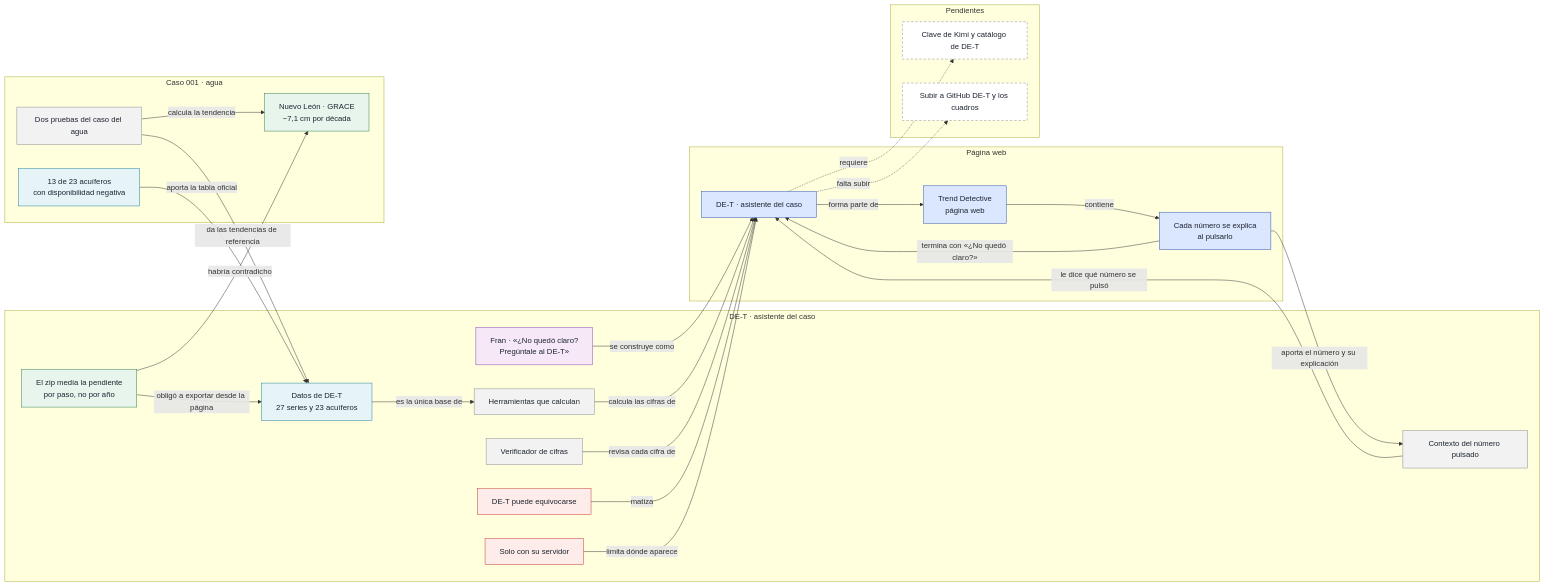
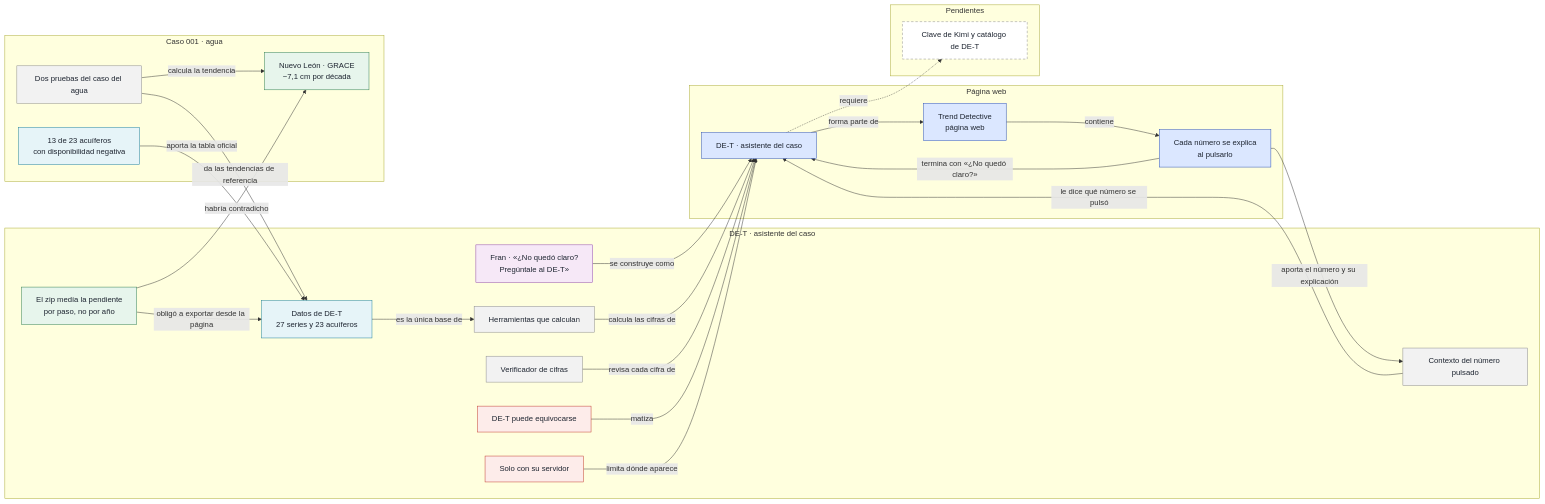
One commit to Javiigxs/RAACK changed the ninth of 9 diagrams in docs/CONOCIMIENTO.md. Above: the diagram before and after it, drawn with Mermaid. The commit also changed other lines of this file and 5 other files, not shown here.

First line of the commit message:
Marcar como subidos DE-T y los cuadros; queda regenerar site/

````diff
--- a/docs/CONOCIMIENTO.md
+++ b/docs/CONOCIMIENTO.md
@@ -675,59 +674,57 @@
 ```mermaid
 flowchart LR
   subgraph sg_dete_dete["DE-T · asistente del caso"]
     q_dete["Fran · «¿No quedó claro?<br/>Pregúntale al DE-T»"]
     m_dete_contexto["Contexto del número pulsado"]
     d_dete["Datos de DE-T<br/>27 series y 23 acuíferos"]
     h_dete_paso["El zip medía la pendiente<br/>por paso, no por año"]
     m_dete_herr["Herramientas que calculan"]
     m_dete_verif["Verificador de cifras"]
     l_dete["DE-T puede equivocarse"]
     l_dete_estatico["Solo con su servidor"]
   end
   subgraph sg_dete_pagina["Página web"]
     p_numeros["Cada número se explica<br/>al pulsarlo"]
     p_dete["DE-T · asistente del caso"]
     p_pagina["Trend Detective<br/>página web"]
   end
   subgraph sg_dete_agua["Caso 001 · agua"]
     m_agua["Dos pruebas del caso del agua"]
     d_acuiferos["13 de 23 acuíferos<br/>con disponibilidad negativa"]
     h_almacen["Nuevo León · GRACE<br/>−7,1 cm por década"]
   end
   subgraph sg_dete_pendientes["Pendientes"]
     t_dete["Clave de Kimi y catálogo de DE-T"]
-    t_subir["Subir a GitHub DE-T y los cuadros"]
   end
   m_agua -->|calcula la tendencia| h_almacen
   p_dete -->|forma parte de| p_pagina
   p_dete -.->|requiere| t_dete
   p_pagina -->|contiene| p_numeros
   q_dete -->|se construye como| p_dete
   p_numeros -->|termina con «¿No quedó claro?»| p_dete
   p_numeros -->|aporta el número y su explicación| m_dete_contexto
   m_dete_contexto -->|le dice qué número se pulsó| p_dete
   m_agua -->|da las tendencias de referencia| d_dete
   d_acuiferos -->|aporta la tabla oficial| d_dete
   d_dete -->|es la única base de| m_dete_herr
   m_dete_herr -->|calcula las cifras de| p_dete
   m_dete_verif -->|revisa cada cifra de| p_dete
   h_dete_paso -->|obligó a exportar desde la página| d_dete
   h_dete_paso -->|habría contradicho| h_almacen
   l_dete -->|matiza| p_dete
   l_dete_estatico -->|limita dónde aparece| p_dete
-  p_dete -.->|falta subir| t_subir
   classDef pregunta fill:#f6e8f7,stroke:#8e44ad,color:#1d2430
   class q_dete pregunta
   classDef pagina fill:#dbe7ff,stroke:#2a4fb5,color:#1d2430
   class p_numeros,p_dete,p_pagina pagina
   classDef metodo fill:#f2f2f2,stroke:#8a8a8a,color:#1d2430
   class m_dete_contexto,m_agua,m_dete_herr,m_dete_verif metodo
   classDef dato fill:#e6f4f8,stroke:#1b7f99,color:#1d2430
   class d_dete,d_acuiferos dato
   classDef hallazgo fill:#e7f5ec,stroke:#2e7d4f,color:#1d2430
   class h_dete_paso,h_almacen hallazgo
   classDef limite fill:#fdecea,stroke:#c0392b,color:#1d2430
   class l_dete,l_dete_estatico limite
   classDef pendiente fill:#ffffff,stroke:#8a8a8a,stroke-dasharray:5 4,color:#1d2430
-  class t_dete,t_subir pendiente
+  class t_dete pendiente
 ```
````
